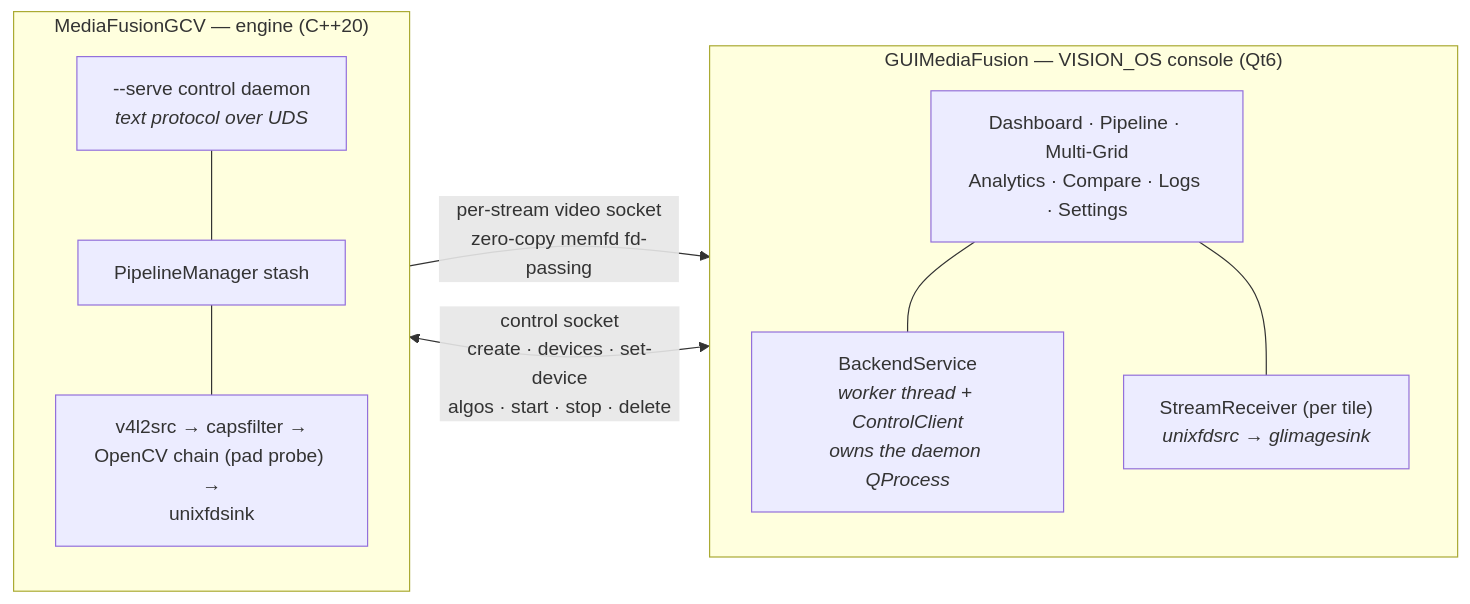
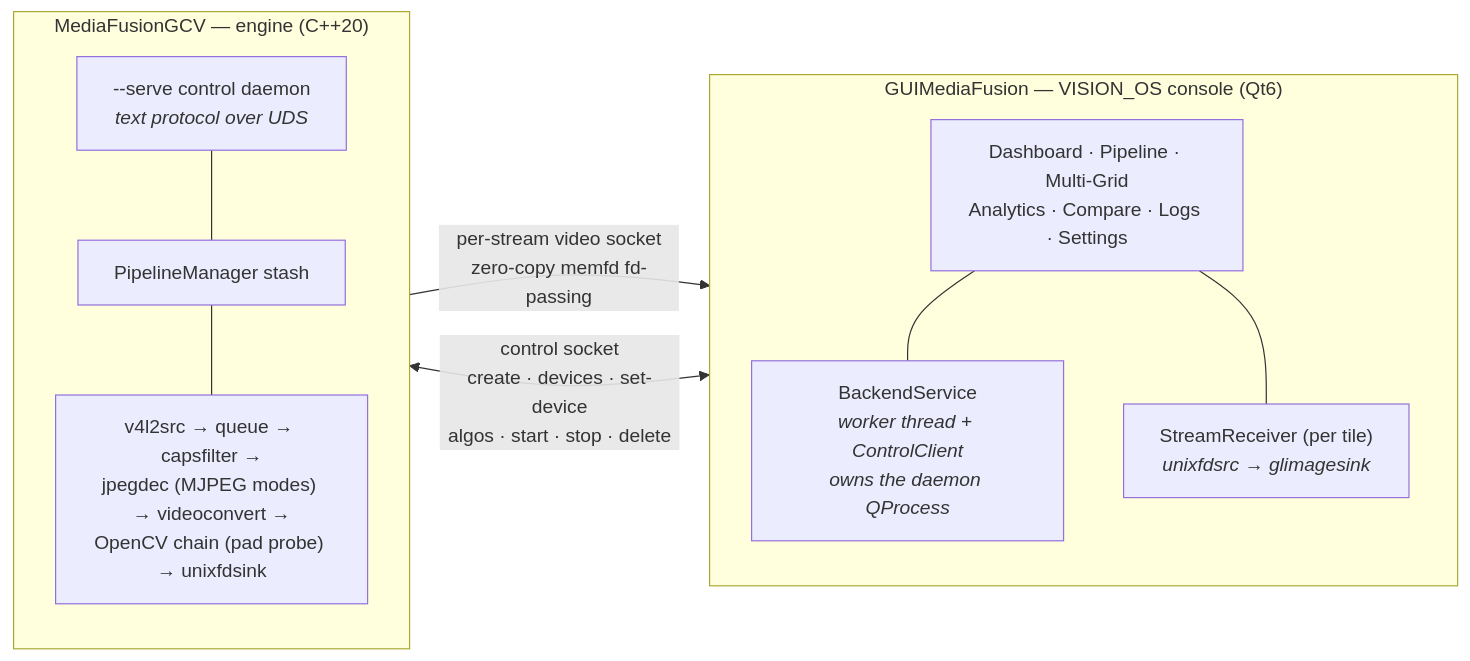
The diagram in README.md (ahr2042/Concept-A), drawn with Mermaid before and after one commit. The commit also changed other lines of this file and 2 other files, not shown here.

````diff
--- a/README.md
+++ b/README.md
@@ -94,22 +95,22 @@
 ```mermaid
 flowchart LR
     subgraph console ["GUIMediaFusion — VISION_OS console (Qt6)"]
         direction TB
         UI["Dashboard · Pipeline · Multi-Grid<br/>Analytics · Compare · Logs · Settings"]
         BS["BackendService<br/><i>worker thread + ControlClient<br/>owns the daemon QProcess</i>"]
         SR["StreamReceiver (per tile)<br/><i>unixfdsrc → glimagesink</i>"]
         UI --- BS
         UI --- SR
     end
 
     subgraph engine ["MediaFusionGCV — engine (C++20)"]
         direction TB
         CTL["--serve control daemon<br/><i>text protocol over UDS</i>"]
         PM["PipelineManager stash"]
-        PIPE["v4l2src → capsfilter →<br/>OpenCV chain (pad probe) →<br/>unixfdsink"]
+        PIPE["v4l2src → queue → capsfilter →<br/>jpegdec (MJPEG modes) → videoconvert →<br/>OpenCV chain (pad probe) → unixfdsink"]
         CTL --- PM --- PIPE
     end
 
     BS <-- "control socket<br/>create · devices · set-device<br/>algos · start · stop · delete" --> CTL
     PIPE -- "per-stream video socket<br/>zero-copy memfd fd-passing" --> SR
 ```
````
